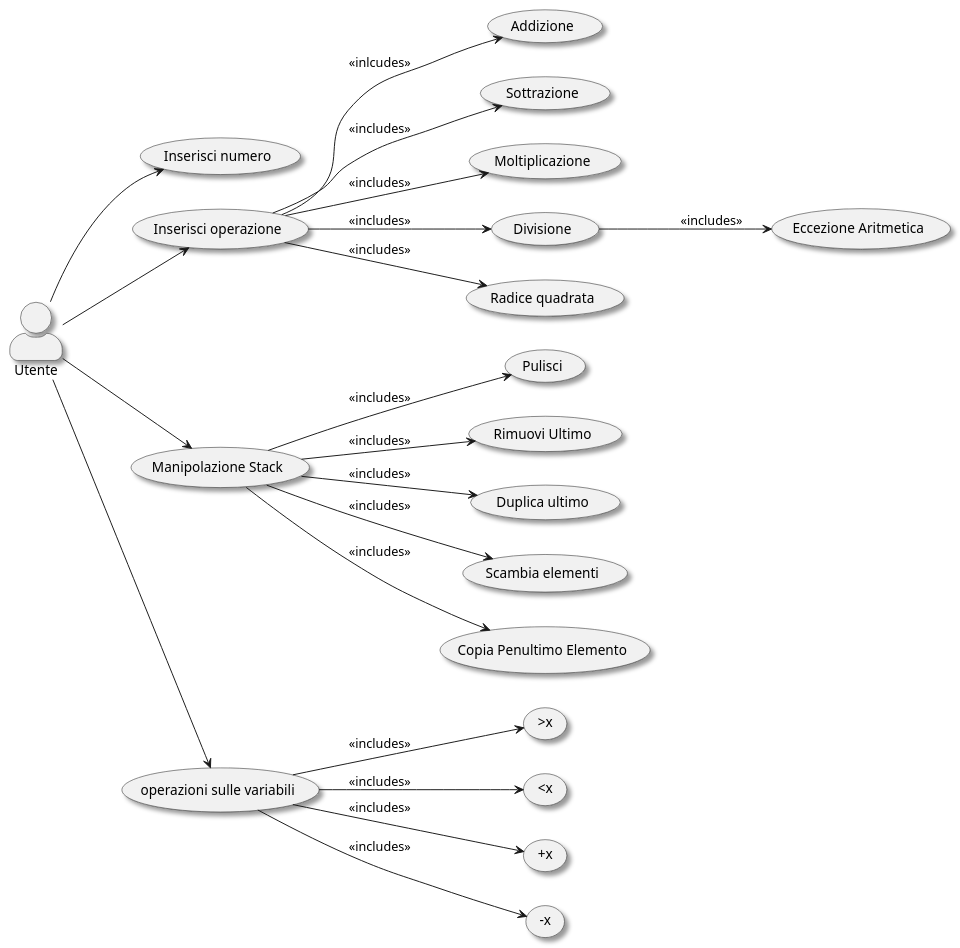
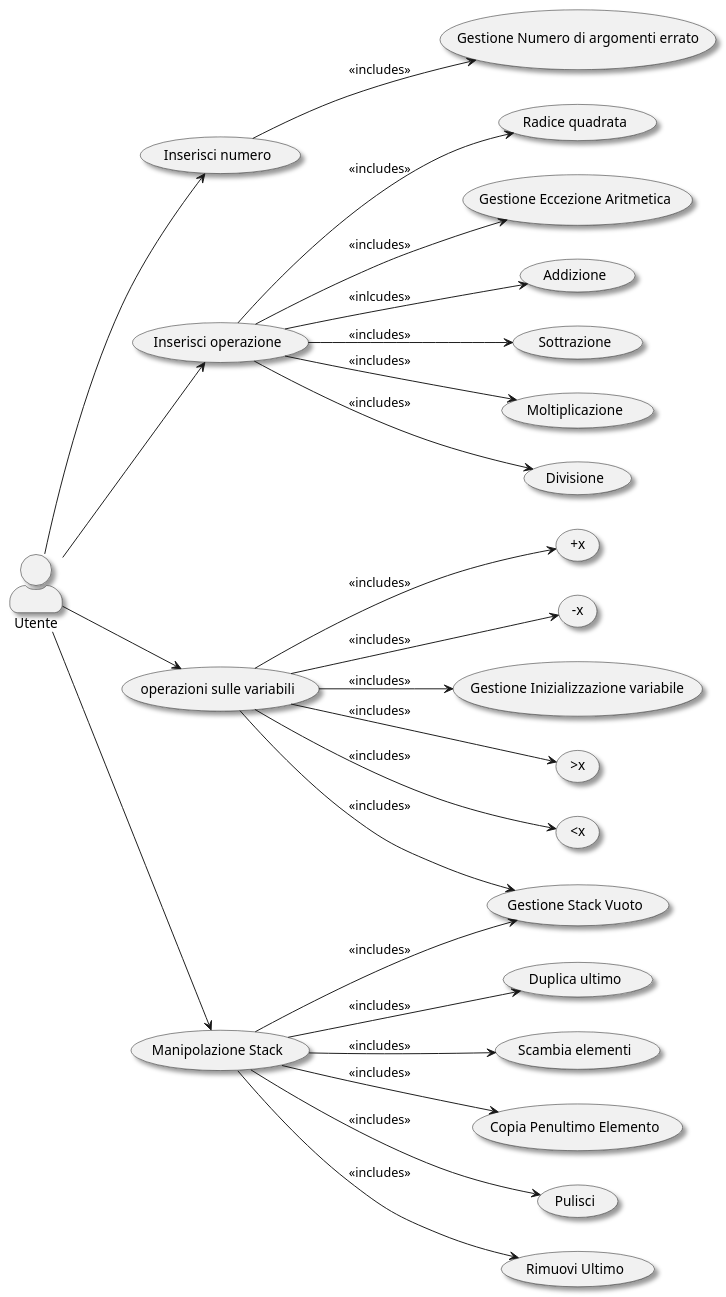
Before and after one commit to LuciaNancyLavista/Gruppo06_software_eng_L.I.V.P: the diagram in CalcolatriceProgrammabile/UseCaseDiagramm/Usecasecal.puml, drawn with PlantUML.

Commit message:
Aggiornamento UseCase Diagramm
Aggiunto dentro l'use case diagramm la gestione delle eccezioni individuate

```diff
--- a/CalcolatriceProgrammabile/UseCaseDiagramm/Usecasecal.puml
+++ b/CalcolatriceProgrammabile/UseCaseDiagramm/Usecasecal.puml
@@ -1,51 +1,68 @@
 @startuml calcolatrice
 skinparam actorStyle awesome
 skinparam shadowing true
 left to right direction
 
 actor "Utente" as user 
 
 usecase "Inserisci numero" as inserisci
 usecase "Inserisci operazione" as operazione
 usecase "Addizione" as add 
 usecase "Sottrazione" as minus
 usecase "Moltiplicazione" as multiply
 usecase "Divisione" as division
 usecase "Radice quadrata" as sqrt 
-usecase "Eccezione Aritmetica" as exception
+
+usecase "Gestione Eccezione Aritmetica" as exc_ari 
+usecase "Gestione Stack Vuoto" as stack_empty
+usecase "Gestione Numero di argomenti errato" as wrong_argumets
+usecase "Gestione Inizializzazione variabile" as GIv
+
 
 usecase "Manipolazione Stack" as manipolazione
 usecase "Pulisci" as clear
 usecase "Rimuovi Ultimo" as drop
 usecase "Duplica ultimo" as dup
 usecase "Scambia elementi" as swap
 usecase "Copia Penultimo Elemento" as over 
 
 usecase "operazioni sulle variabili" as Support 
 usecase ">x" as salva 
 usecase "<x" as copia 
 usecase "+x" as sommaVar 
 usecase "-x" as diffVar 
 
+
+user --> inserisci
+inserisci --> wrong_argumets : <<includes>> 
+
+
 user  --> operazione
-user --> inserisci 
+operazione --> exc_ari : <<includes>>
 operazione --> add : <<inlcudes>>
 operazione --> minus : <<includes>>
 operazione --> multiply : <<includes>>
 operazione --> division : <<includes>>
 operazione --> sqrt : <<includes>>
-division --> exception : <<includes>>
+
 
 user --> manipolazione 
+manipolazione --> stack_empty : <<includes>>
 manipolazione --> clear : <<includes>>
 manipolazione --> drop : <<includes>>
 manipolazione --> dup : <<includes>>
 manipolazione --> swap : <<includes>>
 manipolazione -->over : <<includes>>
 
 user --> Support 
+Support --> GIv : <<includes>>
+Support --> stack_empty : <<includes>>
 Support --> salva : <<includes>>
 Support --> copia : <<includes>>
 Support --> sommaVar : <<includes>>
 Support --> diffVar : <<includes>>
+
+
+
+
 @enduml
```
